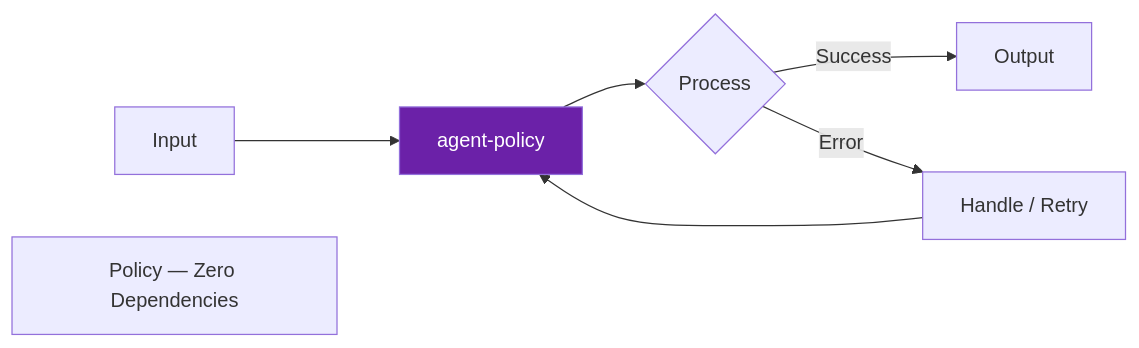
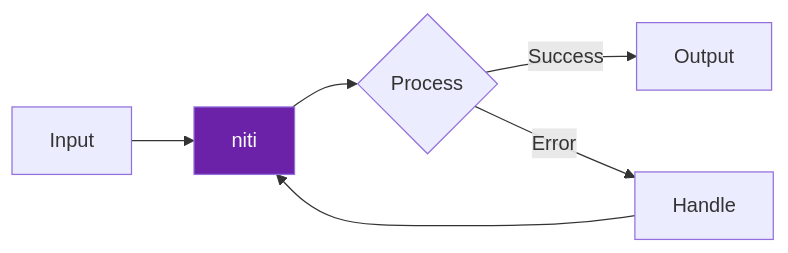
The diagram in README.md (darshjme/niti), drawn with Mermaid before and after one commit. The commit also changed other lines of this file and 1 other file, not shown here.

First line of the commit message:
feat(vedic-v3): rename to niti (नीति)

````diff
--- a/README.md
+++ b/README.md
@@ -48,10 +39,9 @@
 ```mermaid
 flowchart LR
-    A[Input] --> B[agent-policy]
+    A[Input] --> B[niti]
     B --> C{Process}
     C -- Success --> D[Output]
-    C -- Error --> E[Handle / Retry]
+    C -- Error --> E[Handle]
     E --> B
     style B fill:#6b21a8,color:#fff
-    note["Policy — Zero Dependencies"]
 ```
````
